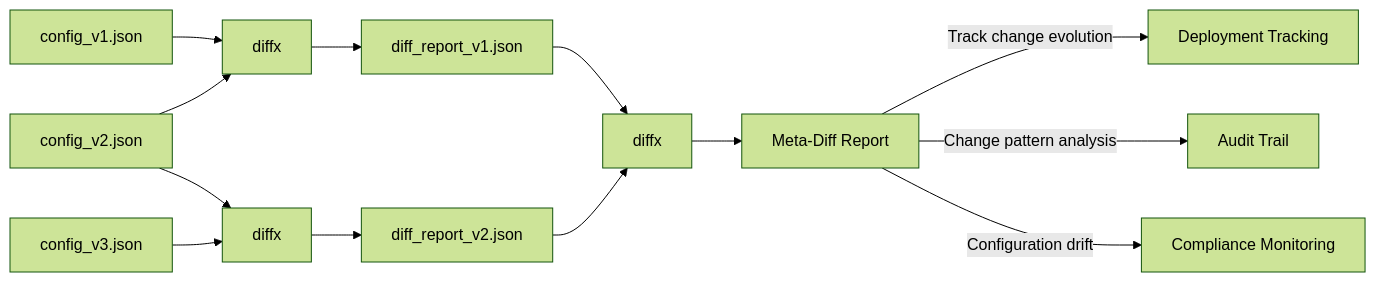
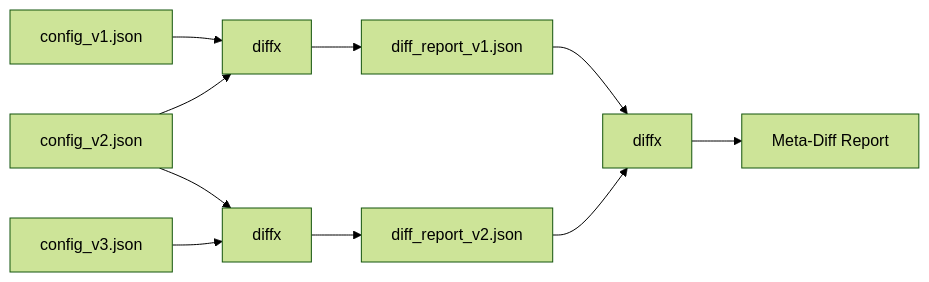
Before and after one commit to kako-jun/diffx: the second of 2 diagrams in README.md, drawn with Mermaid (forest theme). The commit also changed other lines of this file and 1 other file, not shown here.

````diff
--- a/README.md
+++ b/README.md
@@ -170,18 +137,14 @@
 ```mermaid
 graph LR
     A[config_v1.json] --> D1[diffx]
     B[config_v2.json] --> D1
     D1 --> R1[diff_report_v1.json]
     
     B --> D2[diffx]
     C[config_v3.json] --> D2
     D2 --> R2[diff_report_v2.json]
     
     R1 --> D3[diffx]
     R2 --> D3
     D3 --> M[Meta-Diff Report]
-    
-    M --> |"Track change evolution"| T1[Deployment Tracking]
-    M --> |"Change pattern analysis"| T2[Audit Trail]
-    M --> |"Configuration drift"| T3[Compliance Monitoring]
 ```
````
